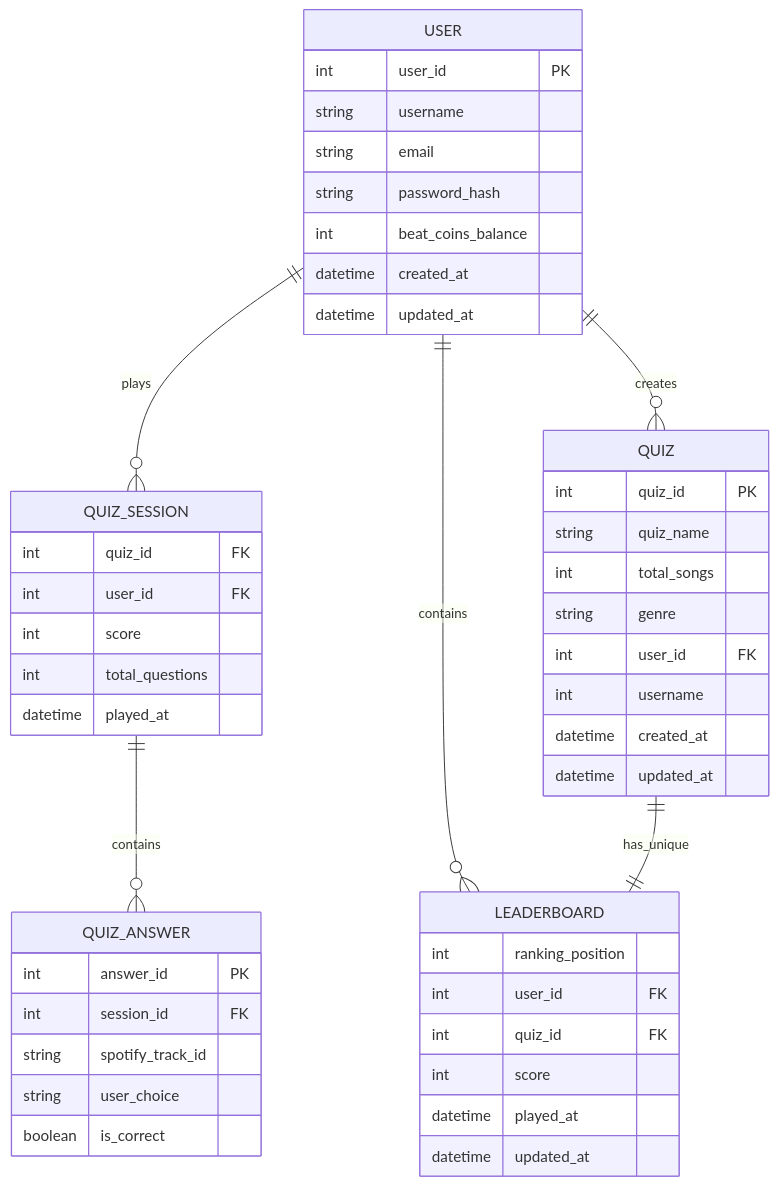
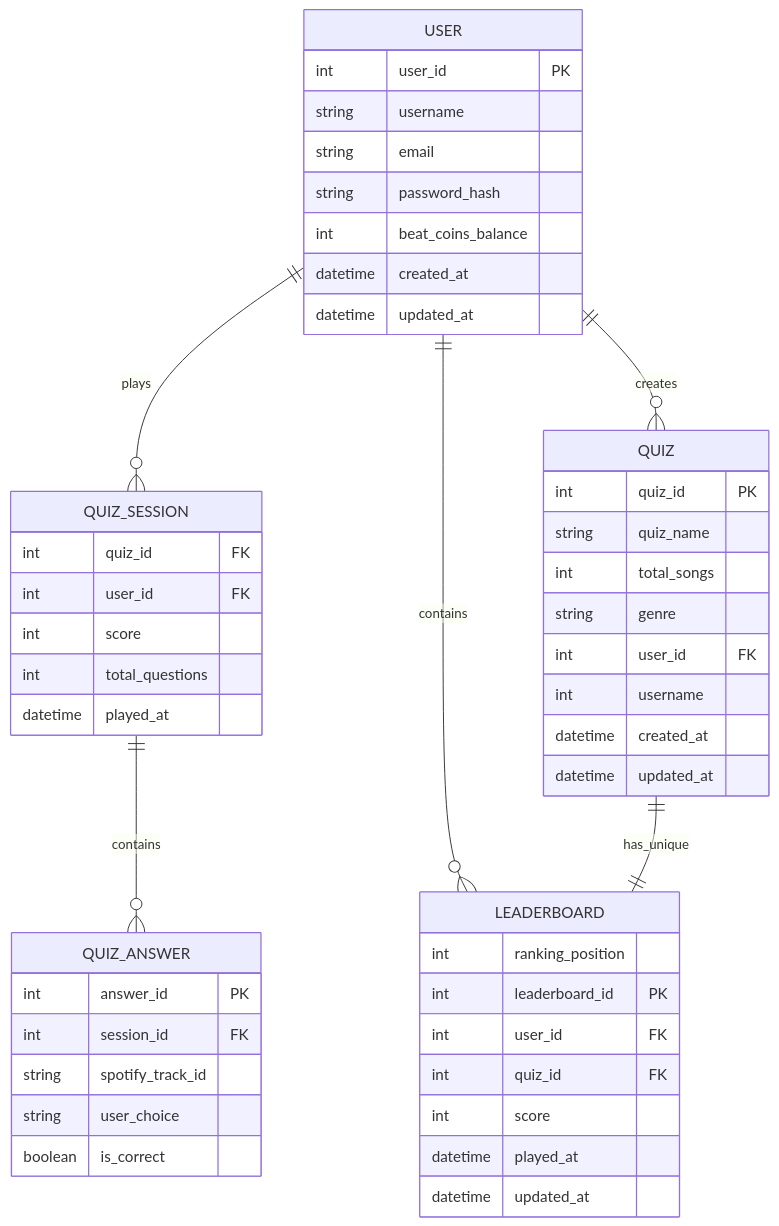
One commit to paull2906/FSWB changed the diagram in docs/02-data-model.md. Above: the diagram before and after it, drawn with Mermaid.

Commit message:
Add leaderboard_id as primary key to LEADERBOARD model

````diff
--- a/docs/02-data-model.md
+++ b/docs/02-data-model.md
@@ -16,56 +16,57 @@
 ```mermaid
 
 erDiagram
     USER ||--o{ QUIZ_SESSION : plays
     USER ||--o{ LEADERBOARD : contains
     QUIZ_SESSION ||--o{ QUIZ_ANSWER : contains
     USER ||--o{ QUIZ : creates
     QUIZ ||--|| LEADERBOARD : has_unique
     
     USER {
         int user_id PK
         string username
         string email
         string password_hash
         int beat_coins_balance
         datetime created_at
         datetime updated_at
     }
 
     QUIZ {
         int quiz_id PK
         string quiz_name
         int total_songs
         string genre
         int user_id FK
         int username
         datetime created_at
         datetime updated_at
 
   }
 
     QUIZ_SESSION {
         int quiz_id FK
         int user_id FK
         int score
         int total_questions
         datetime played_at
     }
 
     QUIZ_ANSWER {
         int answer_id PK
         int session_id FK
         string spotify_track_id
         string user_choice
         boolean is_correct
     }
 
   LEADERBOARD {
         int ranking_position
+        int leaderboard_id PK
         int user_id FK
         int quiz_id FK
         int score
         datetime played_at
         datetime updated_at
  }
 ```
````
